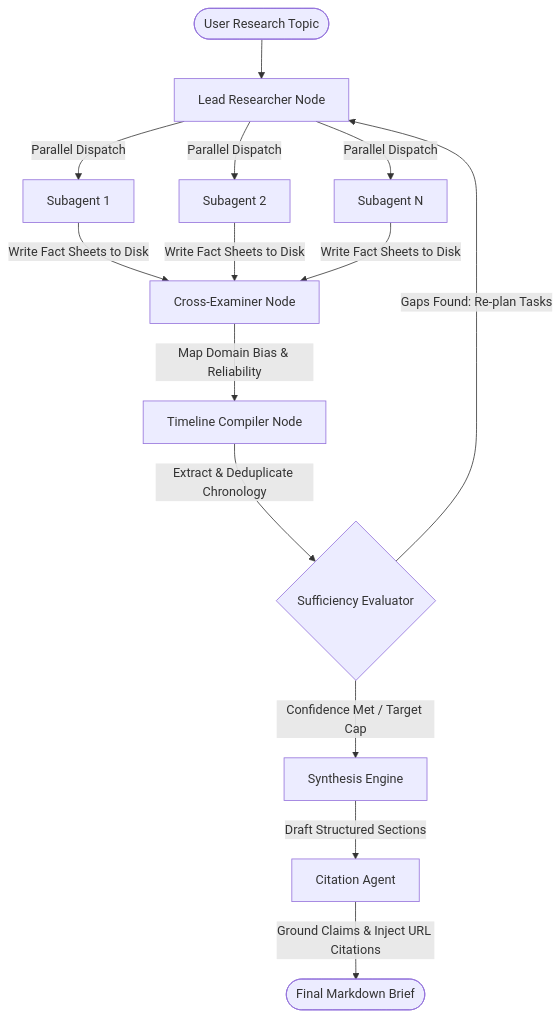
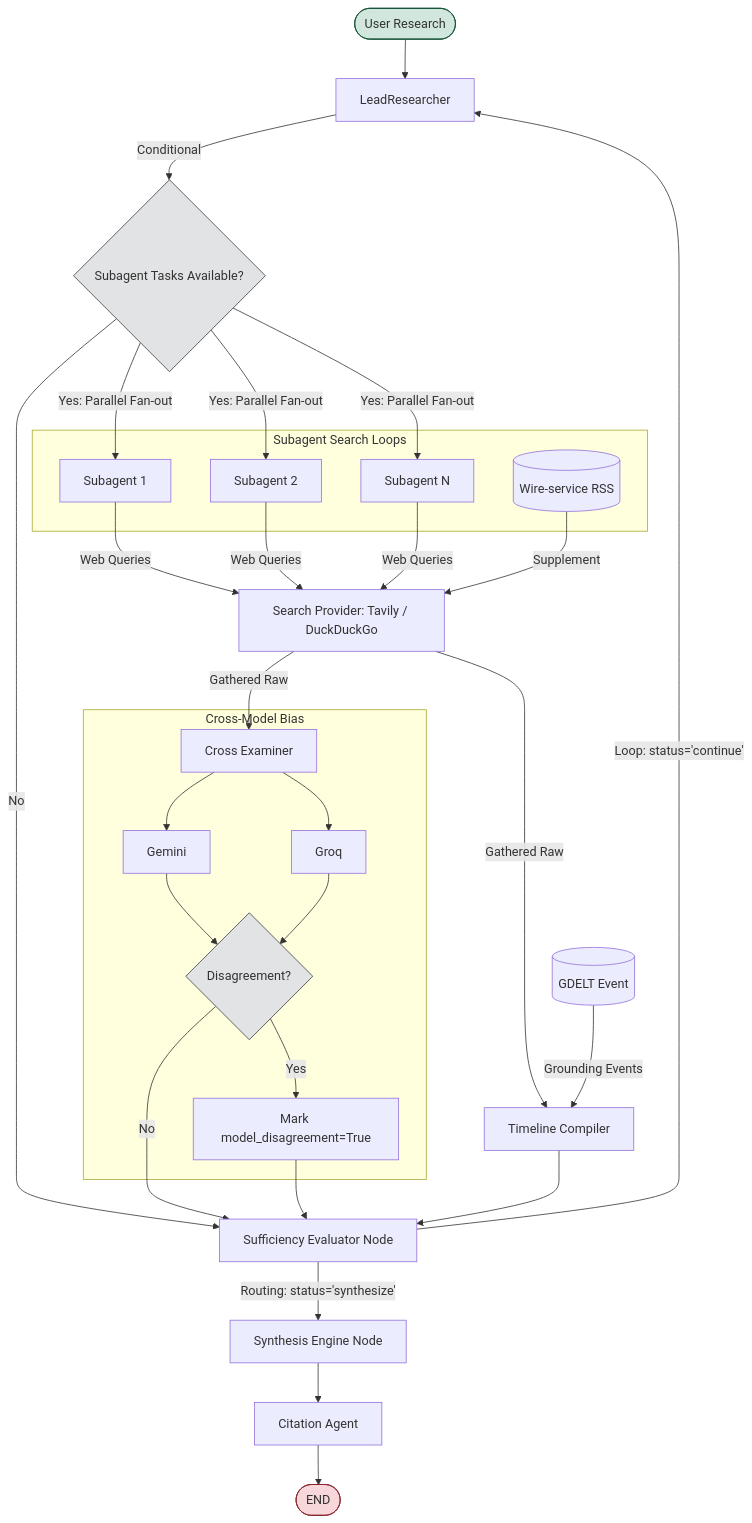
Before and after one commit to compileandgo/sentinel: the diagram in README.md, drawn with Mermaid. The commit also changed other lines of this file, not shown here.

Commit message:
docs: update README with detailed system architecture flowchart

````diff
--- a/README.md
+++ b/README.md
@@ -11,14 +11,51 @@
 ```mermaid
-graph TD
-    User([User Research Topic]) --> Lead[Lead Researcher Node]
-    Lead -->|Parallel Dispatch| Sub1[Subagent 1]
-    Lead -->|Parallel Dispatch| Sub2[Subagent 2]
-    Lead -->|Parallel Dispatch| SubN[Subagent N]
-    Sub1 & Sub2 & SubN -->|Write Fact Sheets to Disk| Cross[Cross-Examiner Node]
-    Cross -->|Map Domain Bias & Reliability| Chron[Timeline Compiler Node]
-    Chron -->|Extract & Deduplicate Chronology| Eval{Sufficiency Evaluator}
-    Eval -->|Gaps Found: Re-plan Tasks| Lead
-    Eval -->|Confidence Met / Target Cap| Synth[Synthesis Engine]
-    Synth -->|Draft Structured Sections| Cit[Citation Agent]
-    Cit -->|Ground Claims & Inject URL Citations| Out([Final Markdown Brief])
+flowchart TD
+    User([User Research]) --> Lead[LeadResearcher]
+    
+    Lead -->|Conditional| SubTasks{Subagent Tasks Available?}
+    
+    SubTasks -- "Yes: Parallel Fan-out" --> Sub1
+    SubTasks -- "Yes: Parallel Fan-out" --> Sub2
+    SubTasks -- "Yes: Parallel Fan-out" --> SubN
+    
+    subgraph Subagent_Search_Loops ["Subagent Search Loops"]
+        Sub1[Subagent 1]
+        Sub2[Subagent 2]
+        SubN[Subagent N]
+        RSS[(Wire-service RSS)]
+    end
+    
+    Sub1 -->|Web Queries| Search[Search Provider: Tavily / DuckDuckGo]
+    Sub2 -->|Web Queries| Search
+    SubN -->|Web Queries| Search
+    RSS -->|Supplement| Search
+    
+    Search -->|Gathered Raw| Cross[Cross Examiner]
+    Search -->|Gathered Raw| Timeline[Timeline Compiler]
+    
+    subgraph Cross_Model_Bias ["Cross-Model Bias"]
+        Cross --> Gem[Gemini]
+        Cross --> Groq[Groq]
+        Gem --> Disagree{Disagreement?}
+        Groq --> Disagree
+        Disagree -- Yes --> Mark[Mark model_disagreement=True]
+    end
+    
+    GDELT[(GDELT Event)] -->|Grounding Events| Timeline
+    
+    SubTasks -- No --> Eval[Sufficiency Evaluator Node]
+    Disagree -- No --> Eval
+    Mark --> Eval
+    Timeline --> Eval
+    
+    Eval -->|Loop: status='continue'| Lead
+    Eval -->|Routing: status='synthesize'| Synth[Synthesis Engine Node]
+    
+    Synth --> Cit[Citation Agent]
+    Cit --> End([END])
+    
+    style User fill:#d1e7dd,stroke:#0f5132,stroke-width:1px
+    style End fill:#f8d7da,stroke:#842029,stroke-width:1px
+    style SubTasks fill:#e2e3e5,stroke:#383d41,stroke-width:1px
+    style Disagree fill:#e2e3e5,stroke:#383d41,stroke-width:1px
 ```
````
